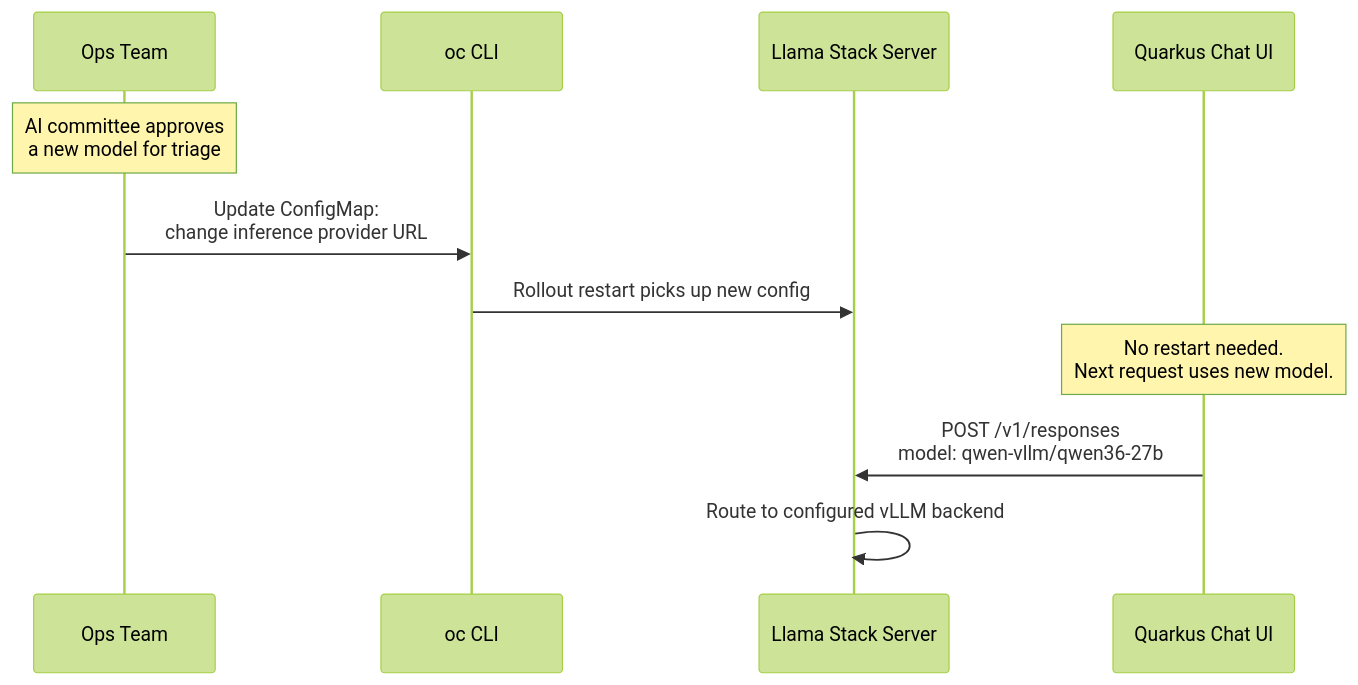
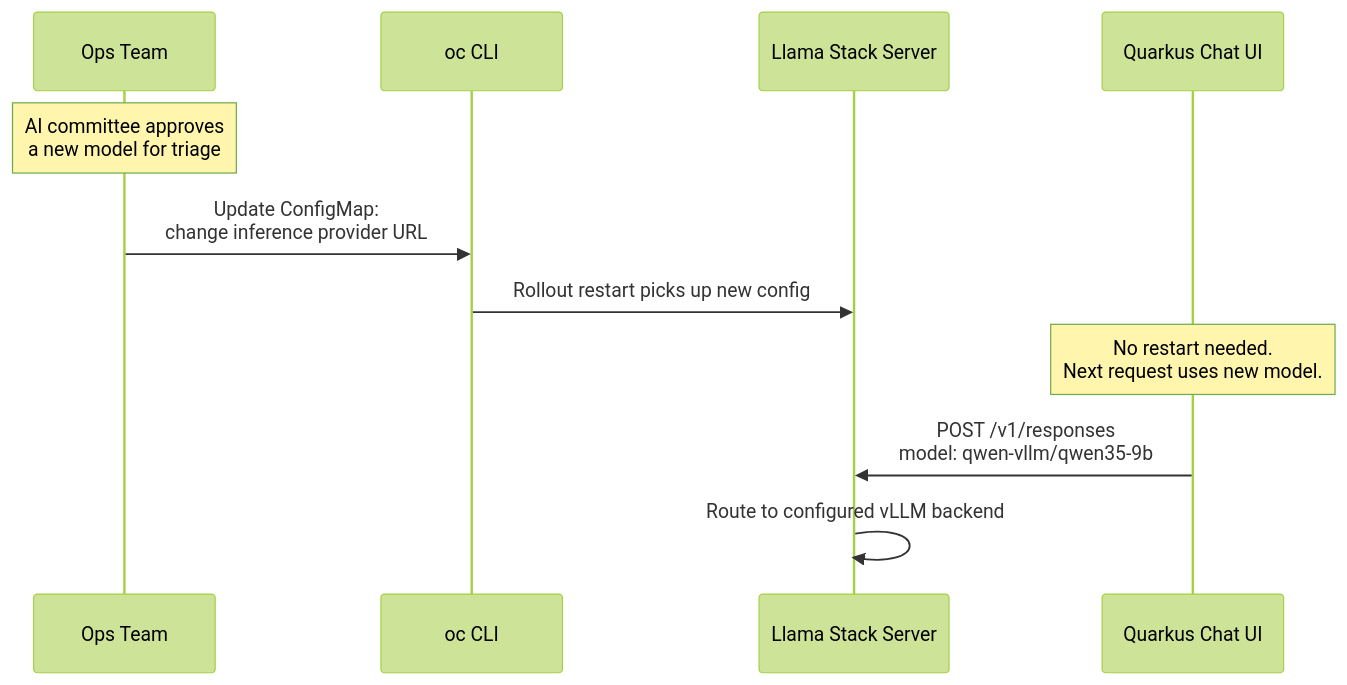
One commit to nikolaus-lemberski/openshift-agentic-ai changed the fourth of 5 diagrams in docs/architecture.md. Above: the diagram before and after it, drawn with Mermaid (forest theme). The commit also changed other lines of this file and 8 other files, not shown here.

````diff
--- a/docs/architecture.md
+++ b/docs/architecture.md
@@ -263,17 +265,17 @@
 ```mermaid
 sequenceDiagram
     participant OpsTeam as Ops Team
     participant OC as oc CLI
     participant LSServer as Llama Stack Server
     participant QuarkusApp as Quarkus Chat UI
 
     Note over OpsTeam: AI committee approves<br/>a new model for triage
 
     OpsTeam->>OC: Update ConfigMap:<br/>change inference provider URL
     OC->>LSServer: Rollout restart picks up new config
 
     Note over QuarkusApp: No restart needed.<br/>Next request uses new model.
 
-    QuarkusApp->>LSServer: POST /v1/responses<br/>model: qwen-vllm/qwen36-27b
+    QuarkusApp->>LSServer: POST /v1/responses<br/>model: qwen-vllm/qwen35-9b
     LSServer->>LSServer: Route to configured vLLM backend
 ```
````
